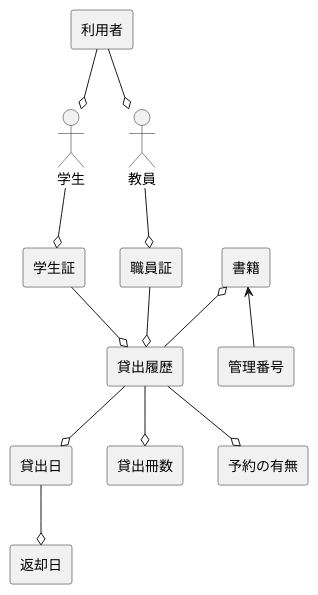
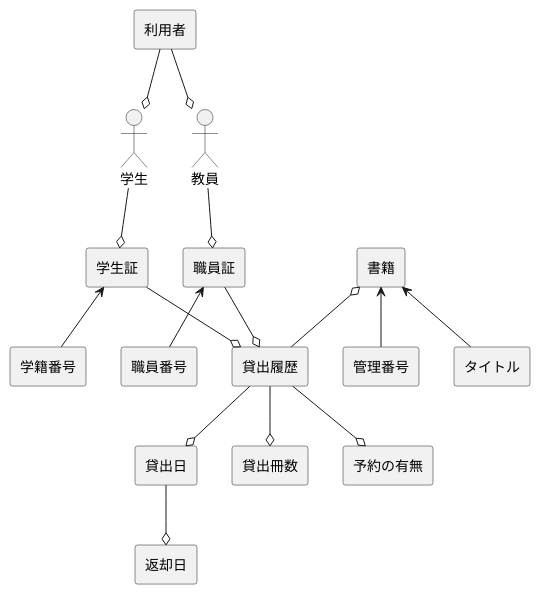
One commit to ko246/ohara_uml changed the diagram in group/効果測定用/ドメインモデル図/domain.pu. Above: the diagram before and after it, drawn with PlantUML. The commit also changed 1 other file, not shown here.

```diff
--- a/group/効果測定用/ドメインモデル図/domain.pu
+++ b/group/効果測定用/ドメインモデル図/domain.pu
@@ -1,18 +1,21 @@
 @startuml
 skinparam componentStyle rectangle
 actor 学生 
 actor 教員 
 [利用者] --o 学生
 [利用者] --o 教員
 学生 --o [学生証]
 教員 --o [職員証]
 [学生証] --o [貸出履歴]
 [職員証] --o [貸出履歴]
+[学生証] <-- [学籍番号]
+[職員証] <-- [職員番号]
 [書籍] o-- [貸出履歴]
+[書籍] <-- [タイトル]
 [書籍] <-- [管理番号]
 [貸出履歴] --o [貸出日]
 [貸出日] --o [返却日]
 [貸出履歴] --o [貸出冊数]
 [貸出履歴] --o [予約の有無]
 
 @enduml
```
